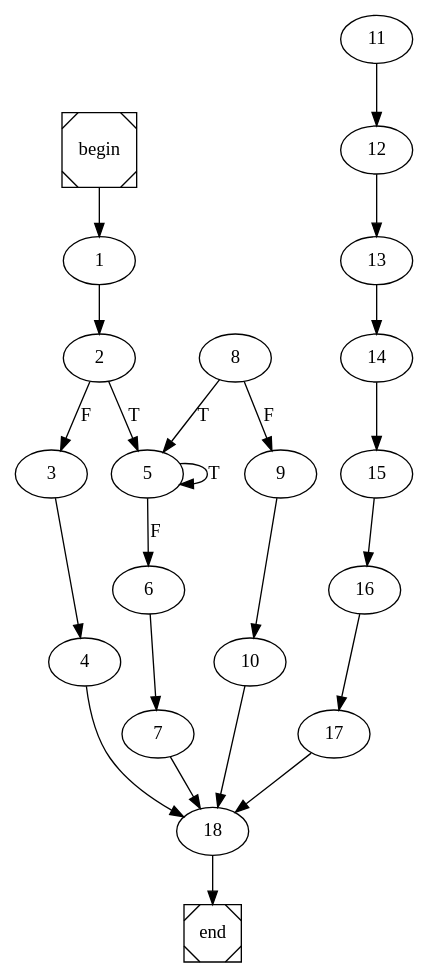
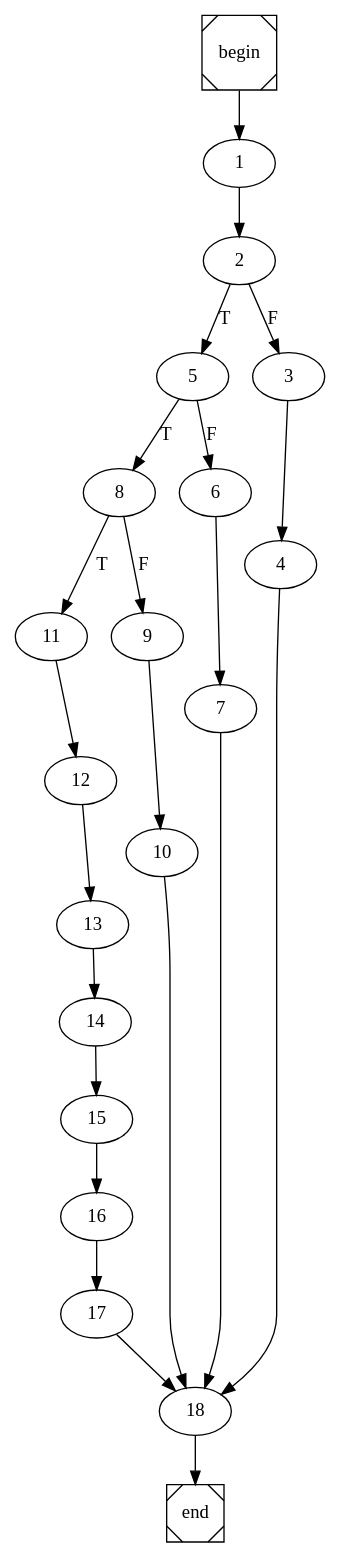
The diagram in combinations_int_int.dot (arubenruben/JMM-Compiler), drawn with Graphviz before and after one commit. The commit also changed 9 other files, not shown here.

```diff
--- a/combinations_int_int.dot
+++ b/combinations_int_int.dot
@@ -1,4 +1,4 @@
 digraph cfg {
 	begin [shape=Msquare];
 	end [shape=Msquare];
-	begin -> 1;	1 -> 2;	2 -> 5[label=T];	2 -> 3[label=F];	3 -> 4;	4 -> 18;	5 -> 5[label=T];	5 -> 6[label=F];	6 -> 7;	7 -> 18;	8 -> 5[label=T];	8 -> 9[label=F];	9 -> 10;	10 -> 18;	11 -> 12;	12 -> 13;	13 -> 14;	14 -> 15;	15 -> 16;	16 -> 17;	17 -> 18;	18 -> end;}
+	begin -> 1;	1 -> 2;	2 -> 5[label=T];	2 -> 3[label=F];	3 -> 4;	4 -> 18;	5 -> 8[label=T];	5 -> 6[label=F];	6 -> 7;	7 -> 18;	8 -> 11[label=T];	8 -> 9[label=F];	9 -> 10;	10 -> 18;	11 -> 12;	12 -> 13;	13 -> 14;	14 -> 15;	15 -> 16;	16 -> 17;	17 -> 18;	18 -> end;}
```
